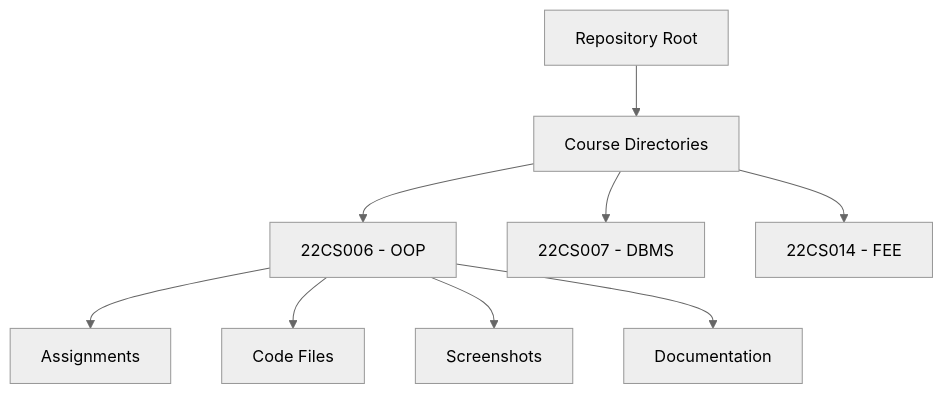
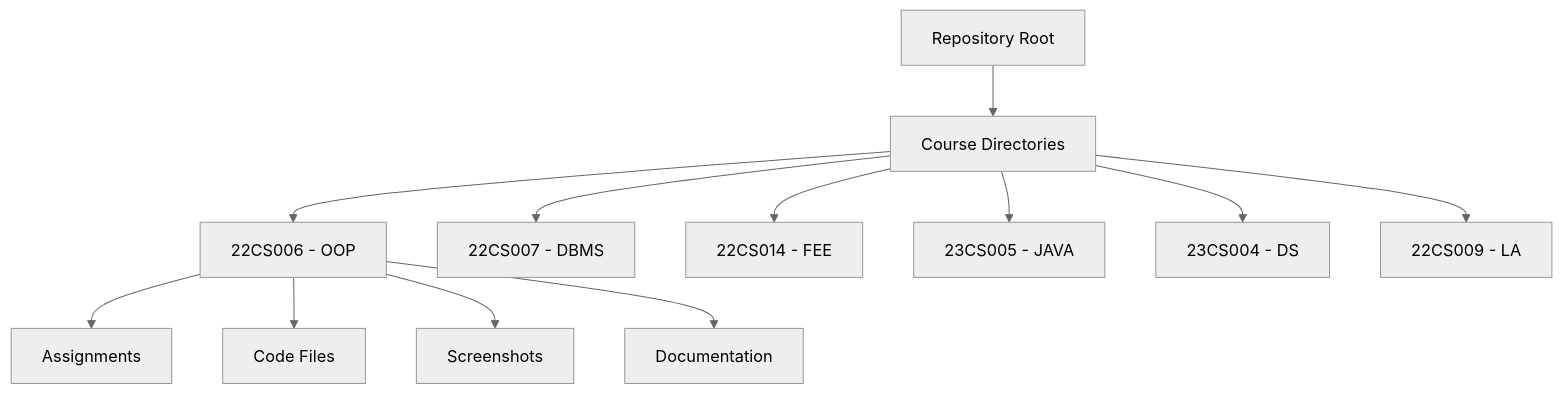
One commit to Anuj-er/Testpad-Solutions changed the diagram in README.md. Above: the diagram before and after it, drawn with Mermaid (neutral theme). The commit also changed other lines of this file, not shown here.

````diff
--- a/README.md
+++ b/README.md
@@ -61,11 +64,14 @@
 ```mermaid
 graph TD
     A[Repository Root] --> B[Course Directories]
     B --> C[22CS006 - OOP]
     B --> D[22CS007 - DBMS]
     B --> E[22CS014 - FEE]
-    C --> F[Assignments]
-    C --> G[Code Files]
-    C --> H[Screenshots]
-    C --> I[Documentation]
+    B --> F[23CS005 - JAVA]
+    B --> G[23CS004 - DS]
+    B --> H[22CS009 - LA]
+    C --> I[Assignments]
+    C --> J[Code Files]
+    C --> K[Screenshots]
+    C --> L[Documentation]
 ```
````
